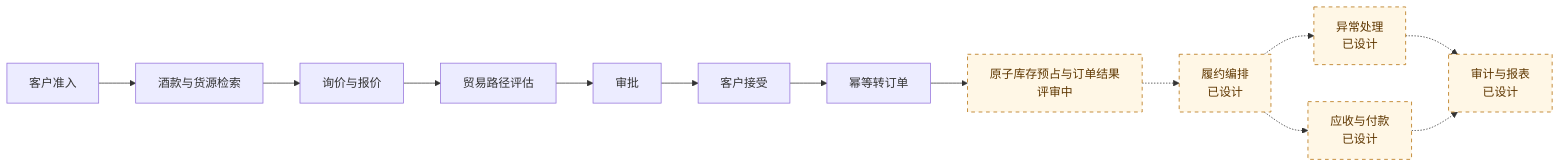
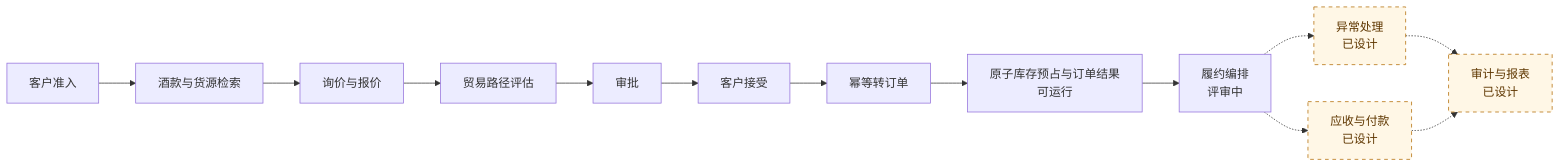
Before and after one commit to RomanticHW/cellarbridge-platform: the third of 3 diagrams in README.md, drawn with Mermaid. The commit also changed other lines of this file and 79 other files, not shown here.

````diff
--- a/README.md
+++ b/README.md
@@ -282,18 +286,18 @@
 ```mermaid
 flowchart LR
     A[客户准入] --> B[酒款与货源检索]
     B --> C[询价与报价]
     C --> D[贸易路径评估]
     D --> E[审批]
     E --> F[客户接受]
     F --> G[幂等转订单]
-    G --> H[原子库存预占与订单结果<br/>评审中]
-    H -.-> I[履约编排<br/>已设计]
+    G --> H[原子库存预占与订单结果<br/>可运行]
+    H --> I[履约编排<br/>评审中]
     I -.-> J[异常处理<br/>已设计]
     I -.-> K[应收与付款<br/>已设计]
     J -.-> L[审计与报表<br/>已设计]
     K -.-> L
 
     classDef planned fill:#fff7e6,stroke:#b26a00,color:#5f3700,stroke-dasharray:5 5;
-    class H,I,J,K,L planned;
+    class J,K,L planned;
 ```
````
